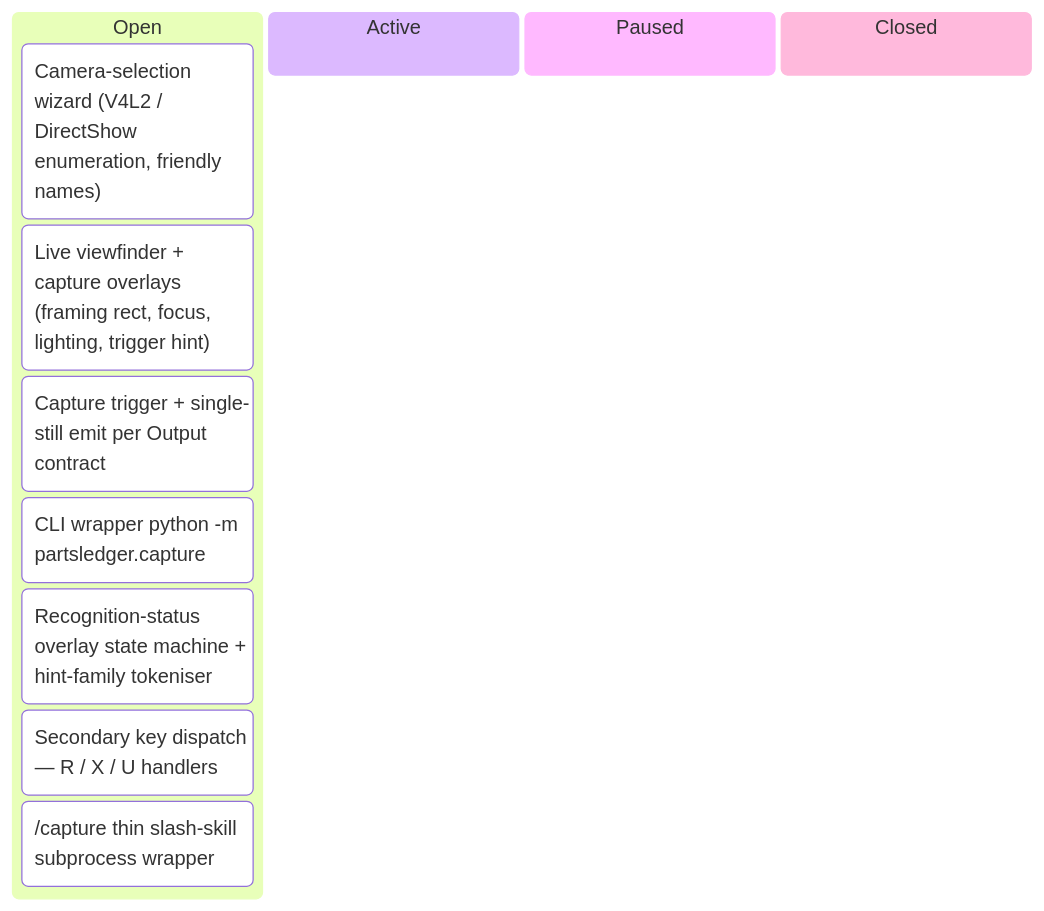
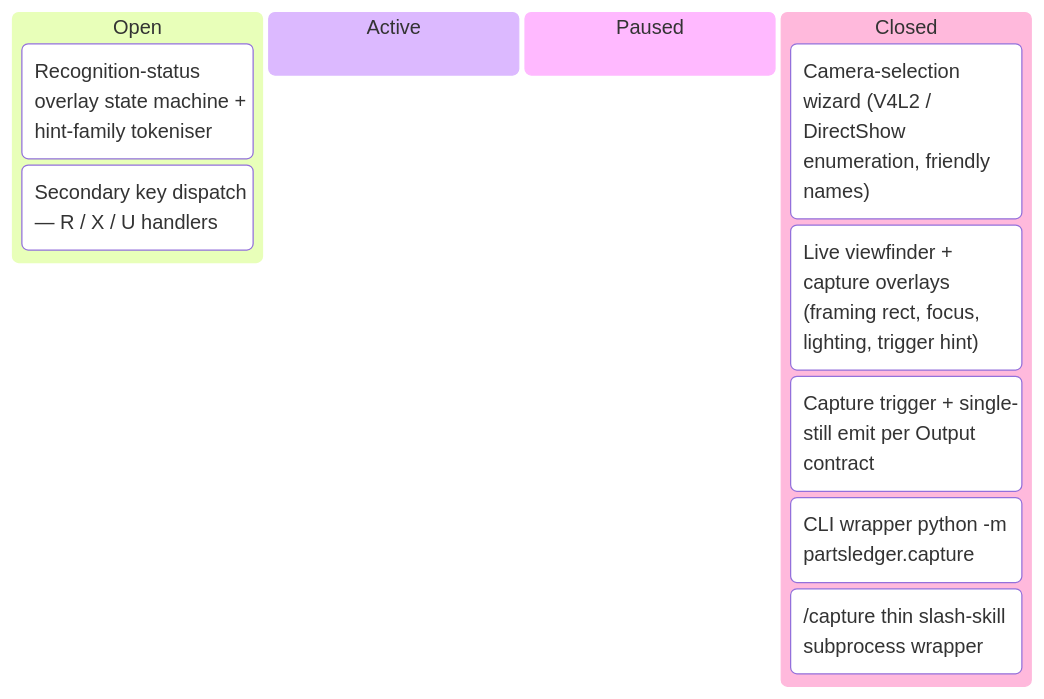
The sixth of 7 diagrams in docs/developers/tasks/KANBAN.md (tgd1975/PartsLedger), drawn with Mermaid before and after one commit. The commit also changed other lines of this file and 28 other files, not shown here.

````diff
--- a/docs/developers/tasks/KANBAN.md
+++ b/docs/developers/tasks/KANBAN.md
@@ -93,14 +93,14 @@
 ```mermaid
 kanban
   Open
+    TASK_036["Recognition-status overlay state machine + hint-family tokeniser"]
+    TASK_037["Secondary key dispatch — R / X / U handlers"]
+  Active
+  Paused
+  Closed
     TASK_032["Camera-selection wizard (V4L2 / DirectShow enumeration, friendly names)"]
     TASK_033["Live viewfinder + capture overlays (framing rect, focus, lighting, trigger hint)"]
     TASK_034["Capture trigger + single-still emit per Output contract"]
     TASK_035["CLI wrapper python -m partsledger.capture"]
-    TASK_036["Recognition-status overlay state machine + hint-family tokeniser"]
-    TASK_037["Secondary key dispatch — R / X / U handlers"]
     TASK_038["/capture thin slash-skill subprocess wrapper"]
-  Active
-  Paused
-  Closed
 ```
````
